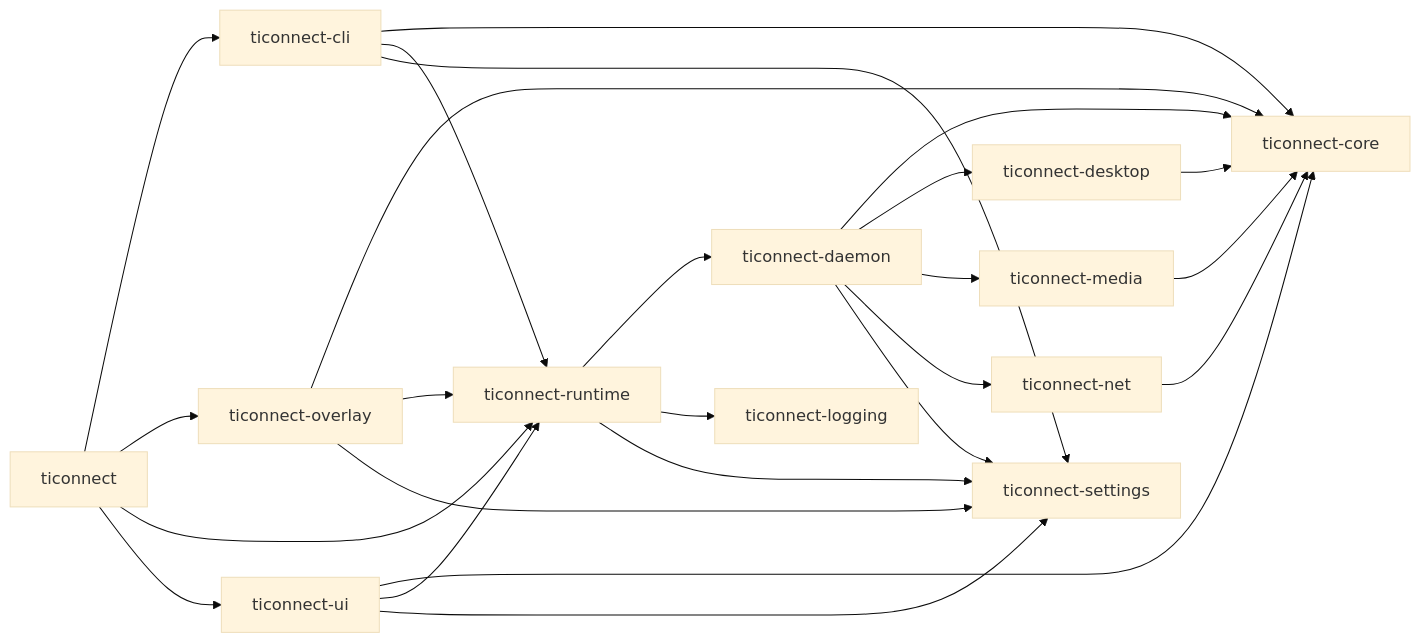
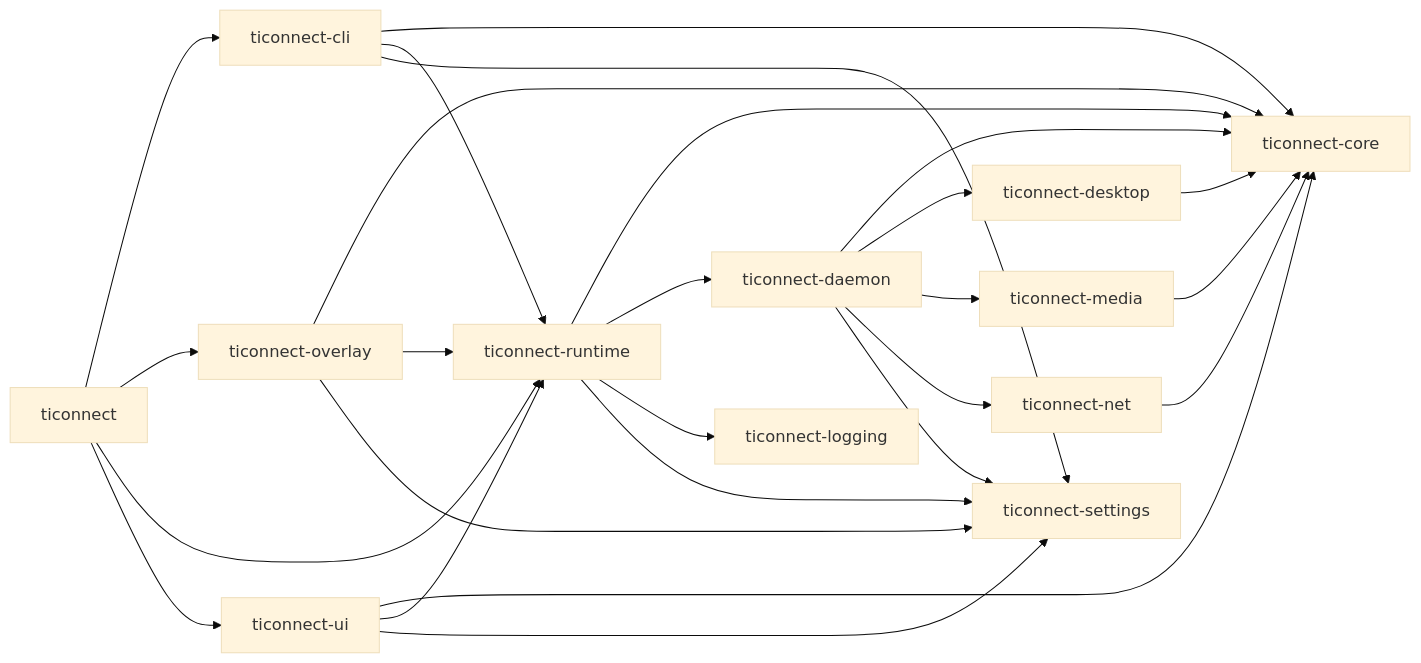
Before and after one commit to TICO-CO/TiConnect: the diagram in docs/systems/generated/build-deps.md, drawn with Mermaid (base theme). The commit also changed other lines of this file and 32 other files, not shown here.

````diff
--- a/docs/systems/generated/build-deps.md
+++ b/docs/systems/generated/build-deps.md
@@ -7,27 +7,28 @@
 ```mermaid
 flowchart LR
   p_ticonnect["ticonnect"] --> p_ticonnect_cli["ticonnect-cli"]
   p_ticonnect["ticonnect"] --> p_ticonnect_overlay["ticonnect-overlay"]
   p_ticonnect["ticonnect"] --> p_ticonnect_runtime["ticonnect-runtime"]
   p_ticonnect["ticonnect"] --> p_ticonnect_ui["ticonnect-ui"]
   p_ticonnect_cli["ticonnect-cli"] --> p_ticonnect_core["ticonnect-core"]
   p_ticonnect_cli["ticonnect-cli"] --> p_ticonnect_runtime["ticonnect-runtime"]
   p_ticonnect_cli["ticonnect-cli"] --> p_ticonnect_settings["ticonnect-settings"]
   p_ticonnect_daemon["ticonnect-daemon"] --> p_ticonnect_core["ticonnect-core"]
   p_ticonnect_daemon["ticonnect-daemon"] --> p_ticonnect_desktop["ticonnect-desktop"]
   p_ticonnect_daemon["ticonnect-daemon"] --> p_ticonnect_media["ticonnect-media"]
   p_ticonnect_daemon["ticonnect-daemon"] --> p_ticonnect_net["ticonnect-net"]
   p_ticonnect_daemon["ticonnect-daemon"] --> p_ticonnect_settings["ticonnect-settings"]
   p_ticonnect_desktop["ticonnect-desktop"] --> p_ticonnect_core["ticonnect-core"]
   p_ticonnect_media["ticonnect-media"] --> p_ticonnect_core["ticonnect-core"]
   p_ticonnect_net["ticonnect-net"] --> p_ticonnect_core["ticonnect-core"]
   p_ticonnect_overlay["ticonnect-overlay"] --> p_ticonnect_core["ticonnect-core"]
   p_ticonnect_overlay["ticonnect-overlay"] --> p_ticonnect_runtime["ticonnect-runtime"]
   p_ticonnect_overlay["ticonnect-overlay"] --> p_ticonnect_settings["ticonnect-settings"]
+  p_ticonnect_runtime["ticonnect-runtime"] --> p_ticonnect_core["ticonnect-core"]
   p_ticonnect_runtime["ticonnect-runtime"] --> p_ticonnect_daemon["ticonnect-daemon"]
   p_ticonnect_runtime["ticonnect-runtime"] --> p_ticonnect_logging["ticonnect-logging"]
   p_ticonnect_runtime["ticonnect-runtime"] --> p_ticonnect_settings["ticonnect-settings"]
   p_ticonnect_ui["ticonnect-ui"] --> p_ticonnect_core["ticonnect-core"]
   p_ticonnect_ui["ticonnect-ui"] --> p_ticonnect_runtime["ticonnect-runtime"]
   p_ticonnect_ui["ticonnect-ui"] --> p_ticonnect_settings["ticonnect-settings"]
 ```
````
